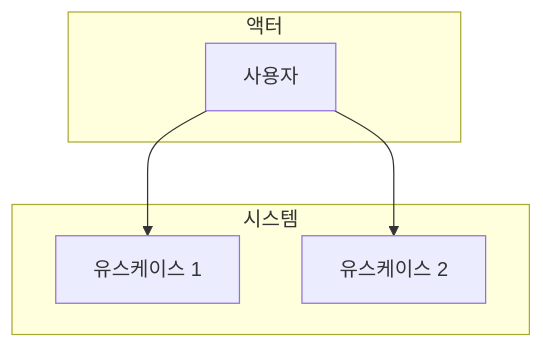
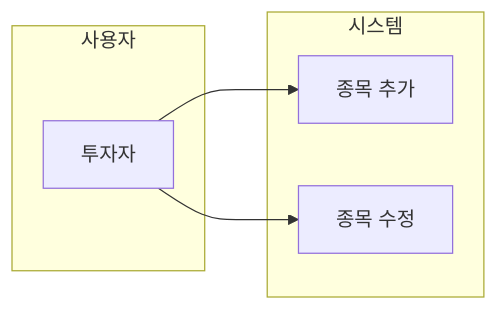
Before and after one commit to lkis71/stock-folio: the first of 4 diagrams in .claude/agents/planning-expert.md, drawn with Mermaid. The commit also changed other lines of this file and 5 other files, not shown here.

````diff
--- a/.claude/agents/planning-expert.md
+++ b/.claude/agents/planning-expert.md
@@ -50,14 +33,14 @@
 ```mermaid
-graph TB
-    subgraph "액터"
-        U[사용자]
+graph LR
+    subgraph "사용자"
+        A[투자자]
     end
 
     subgraph "시스템"
-        UC1[유스케이스 1]
-        UC2[유스케이스 2]
+        B[종목 추가]
+        C[종목 수정]
     end
 
-    U --> UC1
-    U --> UC2
+    A --> B
+    A --> C
 ```
````
